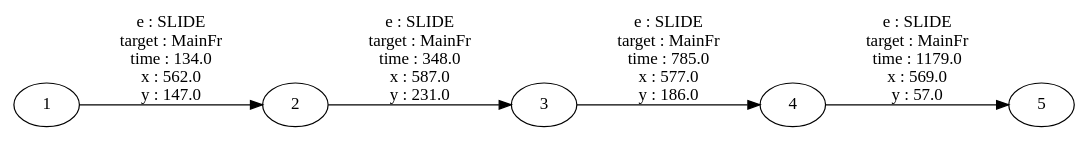
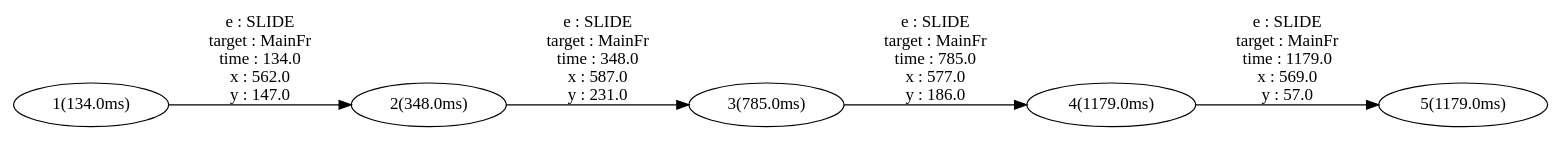
Before and after one commit to kyeongwook-ma/EFSM-visualizer: the diagram in EFSMVisualizer/out/User_2.dot, drawn with Graphviz. The commit also changed 4 other files, not shown here.

```diff
--- a/EFSMVisualizer/out/User_2.dot
+++ b/EFSMVisualizer/out/User_2.dot
@@ -1,3 +1,3 @@
 digraph {
 rankdir="LR"
-1->2[label=" e : SLIDE\n target : MainFr\n time : 134.0\n x : 562.0\n y : 147.0"];2->3[label=" e : SLIDE\n target : MainFr\n time : 348.0\n x : 587.0\n y : 231.0"];3->4[label=" e : SLIDE\n target : MainFr\n time : 785.0\n x : 577.0\n y : 186.0"];4->5[label=" e : SLIDE\n target : MainFr\n time : 1179.0\n x : 569.0\n y : 57.0"];}
+1[label="1(134.0ms)"]2[label="2(134.0ms)"]1->2[label=" e : SLIDE\n target : MainFr\n time : 134.0\n x : 562.0\n y : 147.0"];2[label="2(348.0ms)"]3[label="3(348.0ms)"]2->3[label=" e : SLIDE\n target : MainFr\n time : 348.0\n x : 587.0\n y : 231.0"];3[label="3(785.0ms)"]4[label="4(785.0ms)"]3->4[label=" e : SLIDE\n target : MainFr\n time : 785.0\n x : 577.0\n y : 186.0"];4[label="4(1179.0ms)"]5[label="5(1179.0ms)"]4->5[label=" e : SLIDE\n target : MainFr\n time : 1179.0\n x : 569.0\n y : 57.0"];}
```
